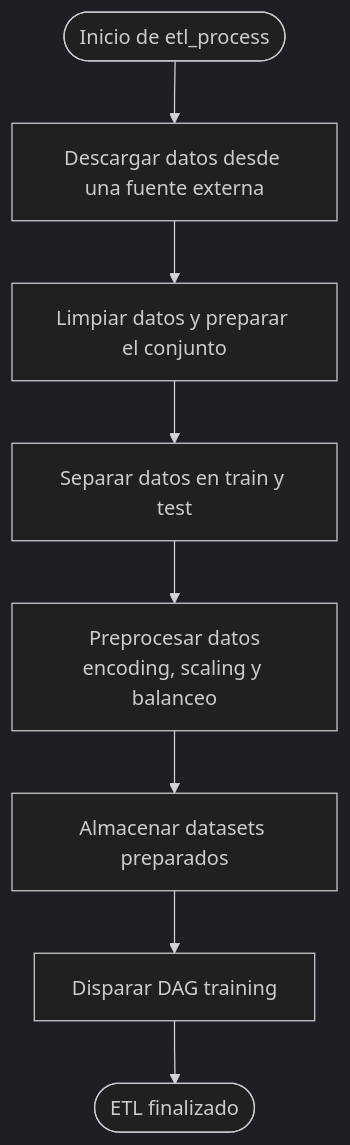
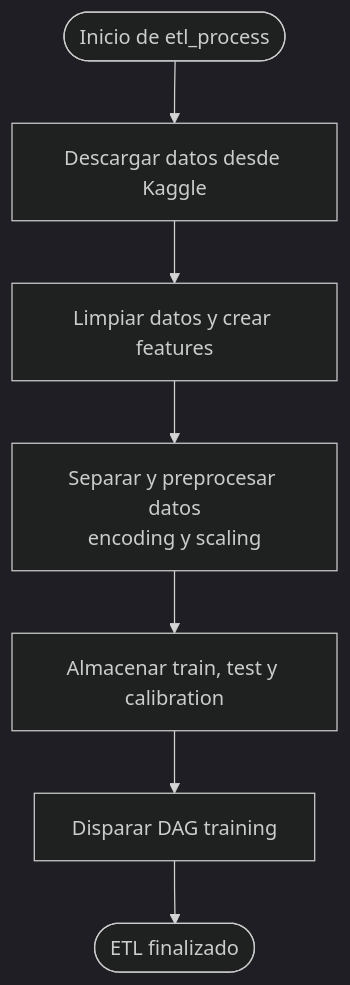
One commit to CimimUxMaio/ceia-tp-mlops changed the third of 5 diagrams in DOC.md. Above: the diagram before and after it, drawn with Mermaid (dark theme). The commit also changed other lines of this file and 1 other file, not shown here.

````diff
--- a/DOC.md
+++ b/DOC.md
@@ -180,19 +184,17 @@
 ```mermaid
 flowchart TD
     inicio([Inicio de etl_process])
-    descarga[Descargar datos desde una fuente externa]
-    limpieza[Limpiar datos y preparar el conjunto]
-    split[Separar datos en train y test]
-    preprocesamiento[Preprocesar datos\nencoding, scaling y balanceo]
-    almacenamiento[Almacenar datasets preparados]
+    descarga[Descargar datos desde Kaggle]
+    limpieza[Limpiar datos y crear features]
+    preprocesamiento[Separar y preprocesar datos\nencoding y scaling]
+    almacenamiento[Almacenar train, test y calibration]
     disparo[Disparar DAG training]
     fin([ETL finalizado])
 
     inicio --> descarga
     descarga --> limpieza
-    limpieza --> split
-    split --> preprocesamiento
+    limpieza --> preprocesamiento
     preprocesamiento --> almacenamiento
     almacenamiento --> disparo
     disparo --> fin
 ```
````
